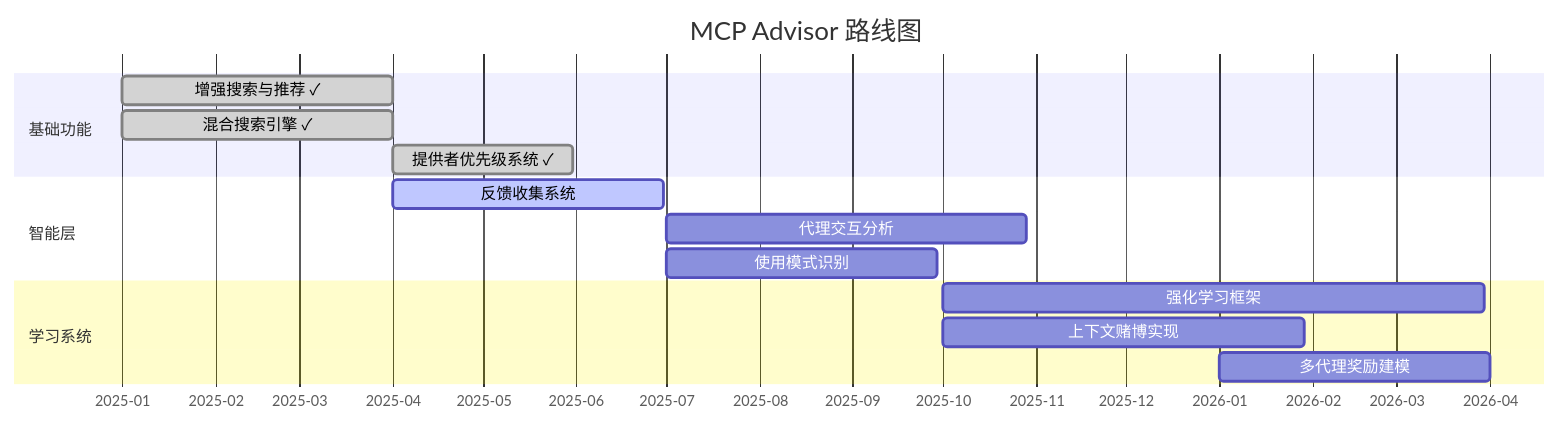
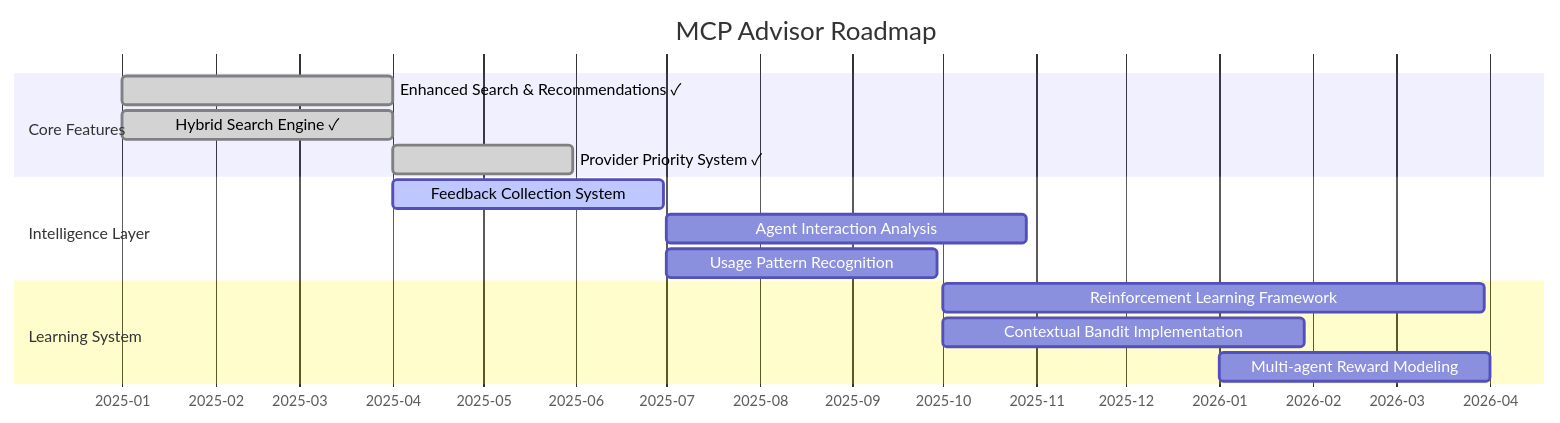
Before and after one commit to OI-OS/OI-mcpadvisor: the second of 2 diagrams in README.md, drawn with Mermaid. The commit also changed other lines of this file and 2 other files, not shown here.

````diff
--- a/README.md
+++ b/README.md
@@ -266,21 +284,21 @@
 ```mermaid
 gantt
-    title MCP Advisor 路线图
+    title MCP Advisor Roadmap
     dateFormat  YYYY-MM-DD
     axisFormat  %Y-%m
     
-    section 基础功能
-    增强搜索与推荐 ✓       :done, 2025-01-01, 90d
-    混合搜索引擎 ✓                   :done, 2025-01-01, 90d
-    提供者优先级系统 ✓               :done, 2025-04-01, 60d
+    section Core Features
+    Enhanced Search & Recommendations ✓       :done, 2025-01-01, 90d
+    Hybrid Search Engine ✓                   :done, 2025-01-01, 90d
+    Provider Priority System ✓               :done, 2025-04-01, 60d
     
-    section 智能层
-    反馈收集系统               :active, 2025-04-01, 90d
-    代理交互分析             :2025-07-01, 120d
-    使用模式识别               :2025-07-01, 90d
+    section Intelligence Layer
+    Feedback Collection System               :active, 2025-04-01, 90d
+    Agent Interaction Analysis             :2025-07-01, 120d
+    Usage Pattern Recognition               :2025-07-01, 90d
     
-    section 学习系统
-    强化学习框架         :2025-10-01, 180d
-    上下文赌博实现         :2025-10-01, 120d
-    多代理奖励建模             :2026-01-01, 90d
+    section Learning System
+    Reinforcement Learning Framework         :2025-10-01, 180d
+    Contextual Bandit Implementation         :2025-10-01, 120d
+    Multi-agent Reward Modeling             :2026-01-01, 90d
 ```
````
